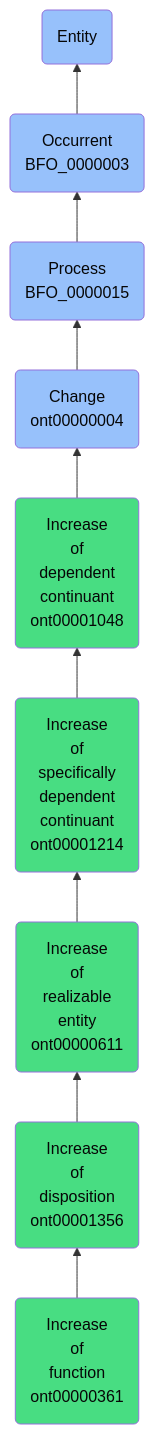
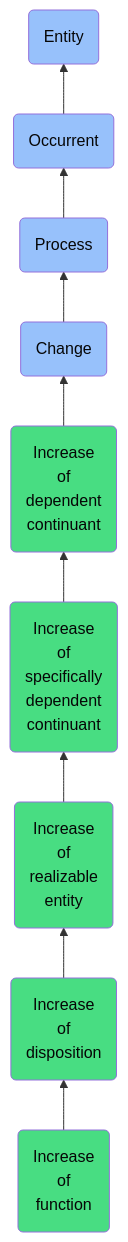
One commit to jupyter-naas/abi changed the diagram in docs/ontology/reference/model/Entity/Occurrent/Process/Change/Increase of dependent continuant/Increase of specifically dependent continuant/Increase of realizable entity/Increase of disposition/Increase of function/Increase of function.md. Above: the diagram before and after it, drawn with Mermaid. The commit also changed other lines of this file and 1430 other files, not shown here.

````diff
--- a/docs/ontology/reference/model/Entity/Occurrent/Process/Change/Increase of dependent continuant/Increase of specifically dependent continuant/Increase of realizable entity/Increase of disposition/Increase of function/Increase of function.md
+++ b/docs/ontology/reference/model/Entity/Occurrent/Process/Change/Increase of dependent continuant/Increase of specifically dependent continuant/Increase of realizable entity/Increase of disposition/Increase of function/Increase of function.md
@@ -24,16 +24,16 @@
 ```mermaid
 graph BT
-    ont00000361(Increase<br>of<br>function<br>ont00000361):::ABI-->ont00001356
-    ont00001356(Increase<br>of<br>disposition<br>ont00001356):::ABI-->ont00000611
-    ont00000611(Increase<br>of<br>realizable<br>entity<br>ont00000611):::ABI-->ont00001214
-    ont00001214(Increase<br>of<br>specifically<br>dependent<br>continuant<br>ont00001214):::ABI-->ont00001048
-    ont00001048(Increase<br>of<br>dependent<br>continuant<br>ont00001048):::ABI-->ont00000004
-    ont00000004(Change<br>ont00000004):::BFO-->BFO_0000015
-    BFO_0000015(Process<br>BFO_0000015):::BFO-->BFO_0000003
-    BFO_0000003(Occurrent<br>BFO_0000003):::BFO-->BFO_0000001
+    ont00000361(Increase<br>of<br>function):::ABI-->ont00001356
+    ont00001356(Increase<br>of<br>disposition):::ABI-->ont00000611
+    ont00000611(Increase<br>of<br>realizable<br>entity):::ABI-->ont00001214
+    ont00001214(Increase<br>of<br>specifically<br>dependent<br>continuant):::ABI-->ont00001048
+    ont00001048(Increase<br>of<br>dependent<br>continuant):::ABI-->ont00000004
+    ont00000004(Change):::BFO-->BFO_0000015
+    BFO_0000015(Process):::BFO-->BFO_0000003
+    BFO_0000003(Occurrent):::BFO-->BFO_0000001
     BFO_0000001(Entity):::BFO
     
     classDef BFO fill:#97c1fb,color:#060606
     classDef CCO fill:#e4c51e,color:#060606
     classDef ABI fill:#48DD82,color:#060606
 ```
````
